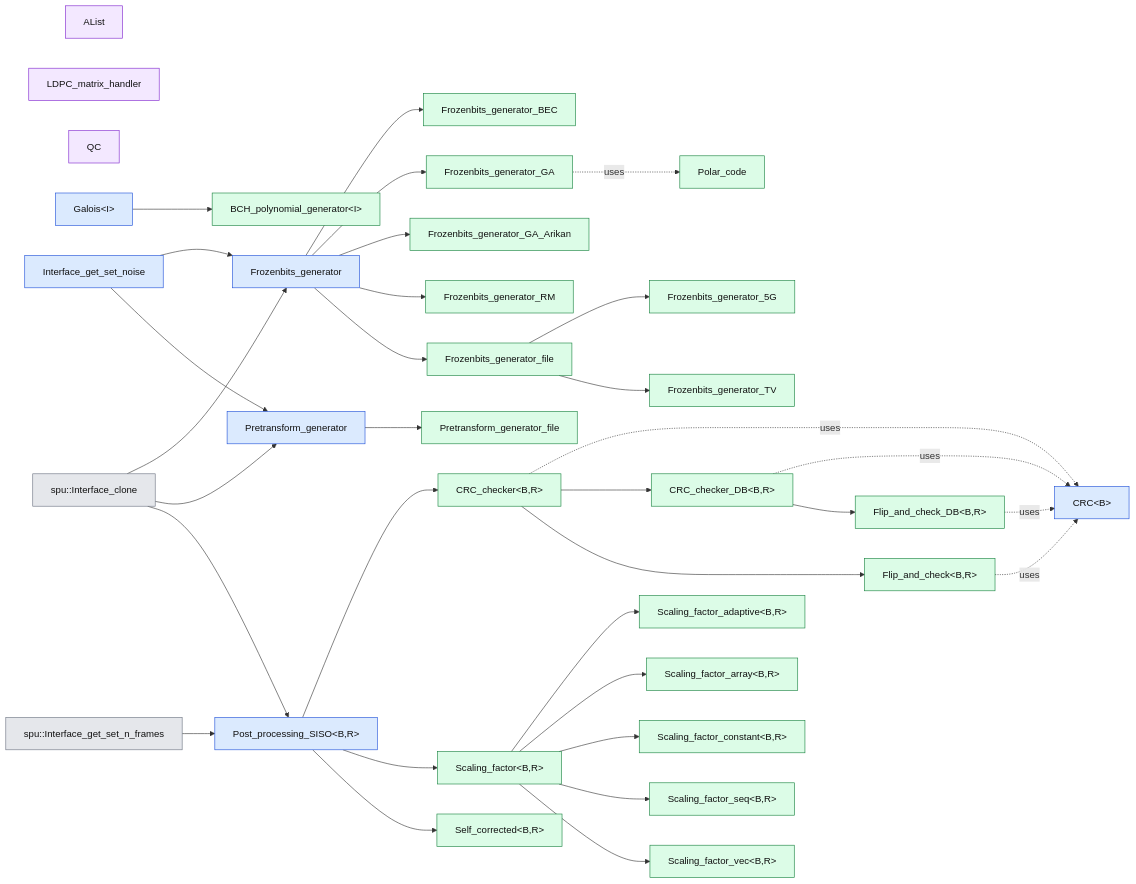
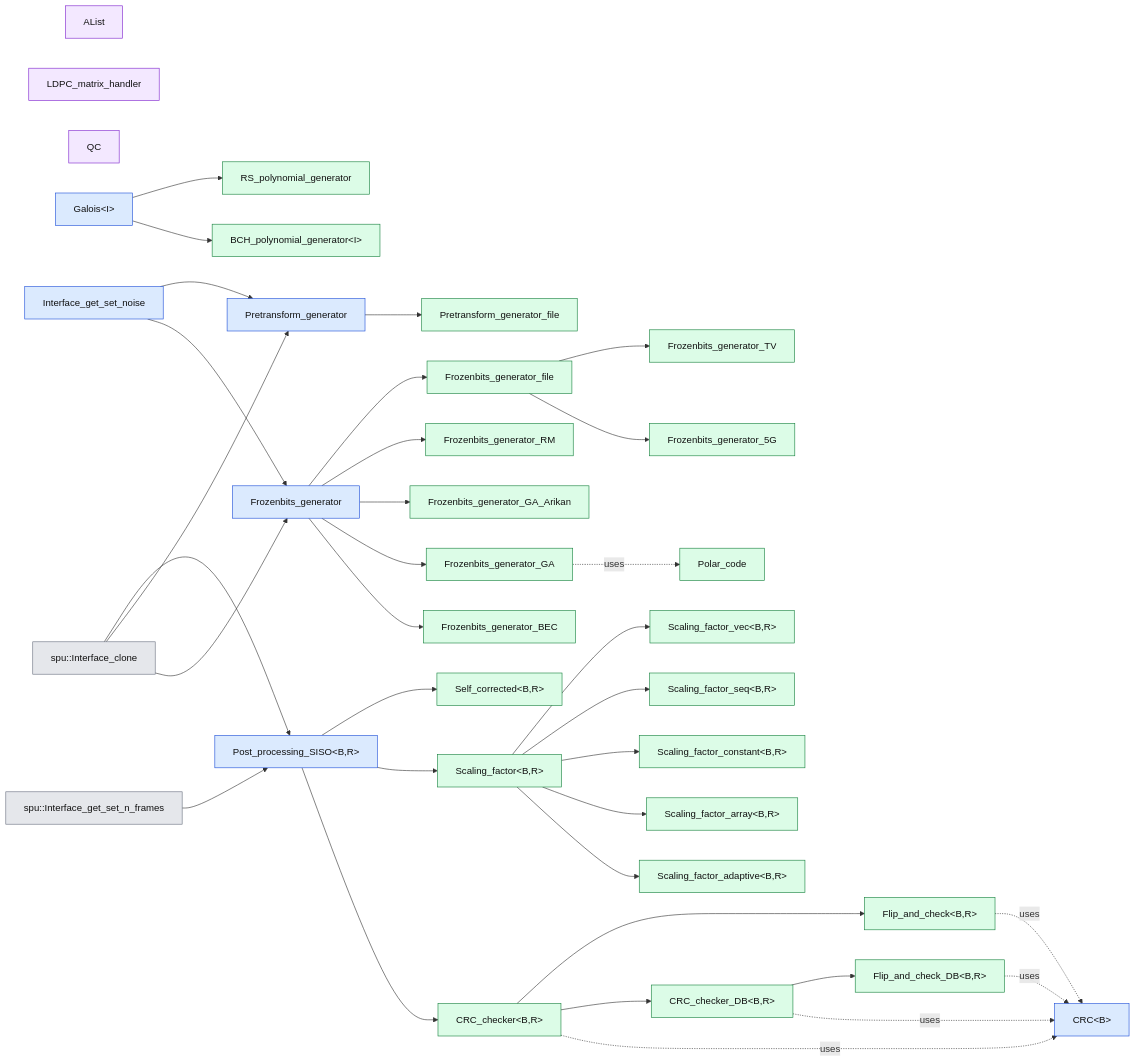
Diagram 32 of 56 in docs/design/class_graph.md (rtajan/pyaff3ct), drawn with Mermaid before and after one commit. The commit also changed other lines of this file and 47 other files, not shown here.

````diff
--- a/docs/design/class_graph.md
+++ b/docs/design/class_graph.md
@@ -1047,73 +1055,75 @@
 ```mermaid
 graph LR
     classDef spu fill:#e5e7eb,stroke:#6b7280,color:#111;
     classDef abstract fill:#dbeafe,stroke:#1d4ed8,color:#111;
     classDef wrap fill:#dcfce7,stroke:#15803d,color:#111;
     classDef factory fill:#ffedd5,stroke:#c2410c,color:#111;
     classDef func fill:#f3e8ff,stroke:#7e22ce,color:#111;
     classDef skip fill:#fff,stroke:#9ca3af,color:#6b7280,stroke-dasharray: 4 3;
     T_BCH_polynomial_generator["BCH_polynomial_generator&lt;I&gt;"]:::wrap
     T_AList["AList"]:::func
     T_LDPC_matrix_handler["LDPC_matrix_handler"]:::func
     T_QC["QC"]:::func
     T_Frozenbits_generator["Frozenbits_generator"]:::abstract
     T_Frozenbits_generator_5G["Frozenbits_generator_5G"]:::wrap
     T_Frozenbits_generator_BEC["Frozenbits_generator_BEC"]:::wrap
     T_Frozenbits_generator_GA["Frozenbits_generator_GA"]:::wrap
     T_Frozenbits_generator_GA_Arikan["Frozenbits_generator_GA_Arikan"]:::wrap
     T_Frozenbits_generator_RM["Frozenbits_generator_RM"]:::wrap
     T_Frozenbits_generator_TV["Frozenbits_generator_TV"]:::wrap
     T_Frozenbits_generator_file["Frozenbits_generator_file"]:::wrap
     T_Polar_code["Polar_code"]:::wrap
     T_Pretransform_generator["Pretransform_generator"]:::abstract
     T_Pretransform_generator_file["Pretransform_generator_file"]:::wrap
+    T_RS_polynomial_generator["RS_polynomial_generator"]:::wrap
     T_CRC_checker["CRC_checker&lt;B,R&gt;"]:::wrap
     T_CRC_checker_DB["CRC_checker_DB&lt;B,R&gt;"]:::wrap
     T_Flip_and_check["Flip_and_check&lt;B,R&gt;"]:::wrap
     T_Flip_and_check_DB["Flip_and_check_DB&lt;B,R&gt;"]:::wrap
     T_Post_processing_SISO["Post_processing_SISO&lt;B,R&gt;"]:::abstract
     T_Scaling_factor["Scaling_factor&lt;B,R&gt;"]:::wrap
     T_Scaling_factor_adaptive["Scaling_factor_adaptive&lt;B,R&gt;"]:::wrap
     T_Scaling_factor_array["Scaling_factor_array&lt;B,R&gt;"]:::wrap
     T_Scaling_factor_constant["Scaling_factor_constant&lt;B,R&gt;"]:::wrap
     T_Scaling_factor_seq["Scaling_factor_seq&lt;B,R&gt;"]:::wrap
     T_Scaling_factor_vec["Scaling_factor_vec&lt;B,R&gt;"]:::wrap
     T_Self_corrected["Self_corrected&lt;B,R&gt;"]:::wrap
     T_Galois --> T_BCH_polynomial_generator
     T_Interface_get_set_noise --> T_Frozenbits_generator
     S_Interface_clone --> T_Frozenbits_generator
     T_Frozenbits_generator_file --> T_Frozenbits_generator_5G
     T_Frozenbits_generator --> T_Frozenbits_generator_BEC
     T_Frozenbits_generator --> T_Frozenbits_generator_GA
     T_Frozenbits_generator_GA -.uses.-> T_Polar_code
     T_Frozenbits_generator --> T_Frozenbits_generator_GA_Arikan
     T_Frozenbits_generator --> T_Frozenbits_generator_RM
     T_Frozenbits_generator_file --> T_Frozenbits_generator_TV
     T_Frozenbits_generator --> T_Frozenbits_generator_file
     T_Interface_get_set_noise --> T_Pretransform_generator
     S_Interface_clone --> T_Pretransform_generator
     T_Pretransform_generator --> T_Pretransform_generator_file
+    T_Galois --> T_RS_polynomial_generator
     T_Post_processing_SISO --> T_CRC_checker
     T_CRC_checker -.uses.-> M_CRC
     T_CRC_checker --> T_CRC_checker_DB
     T_CRC_checker_DB -.uses.-> M_CRC
     T_CRC_checker --> T_Flip_and_check
     T_Flip_and_check -.uses.-> M_CRC
     T_CRC_checker_DB --> T_Flip_and_check_DB
     T_Flip_and_check_DB -.uses.-> M_CRC
     S_Interface_clone --> T_Post_processing_SISO
     S_Interface_get_set_n_frames --> T_Post_processing_SISO
     T_Post_processing_SISO --> T_Scaling_factor
     T_Scaling_factor --> T_Scaling_factor_adaptive
     T_Scaling_factor --> T_Scaling_factor_array
     T_Scaling_factor --> T_Scaling_factor_constant
     T_Scaling_factor --> T_Scaling_factor_seq
     T_Scaling_factor --> T_Scaling_factor_vec
     T_Post_processing_SISO --> T_Self_corrected
     M_CRC["CRC&lt;B&gt;"]:::abstract
     S_Interface_clone["spu::Interface_clone"]:::spu
     S_Interface_get_set_n_frames["spu::Interface_get_set_n_frames"]:::spu
     T_Galois["Galois&lt;I&gt;"]:::abstract
     T_Interface_get_set_noise["Interface_get_set_noise"]:::abstract
     T_Polar_code["Polar_code"]:::wrap
 ```
````
